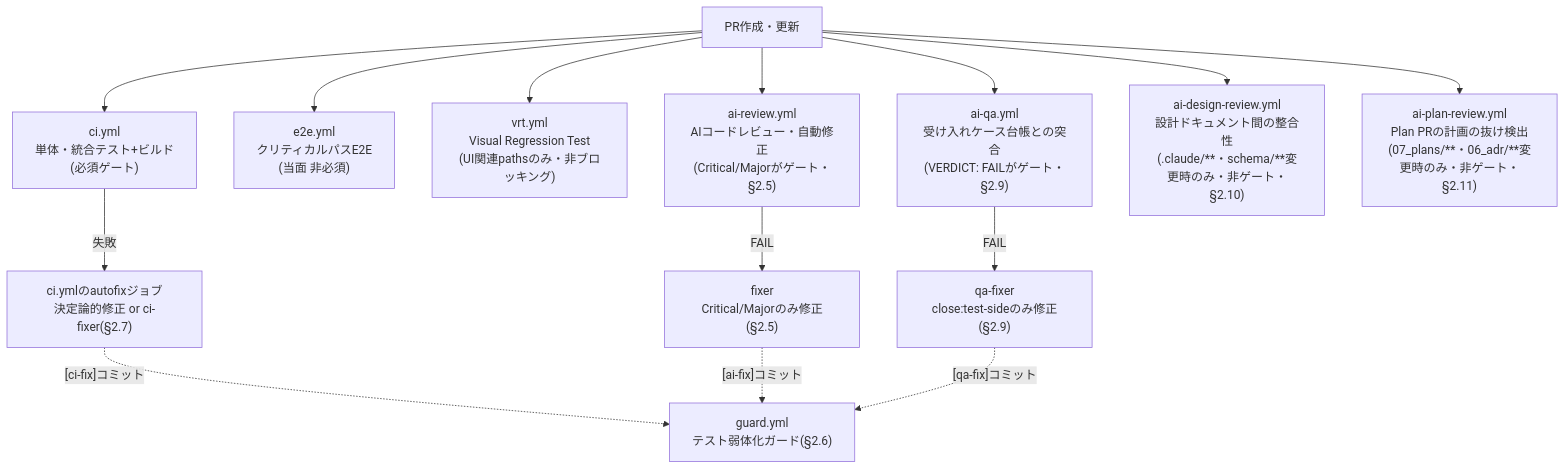
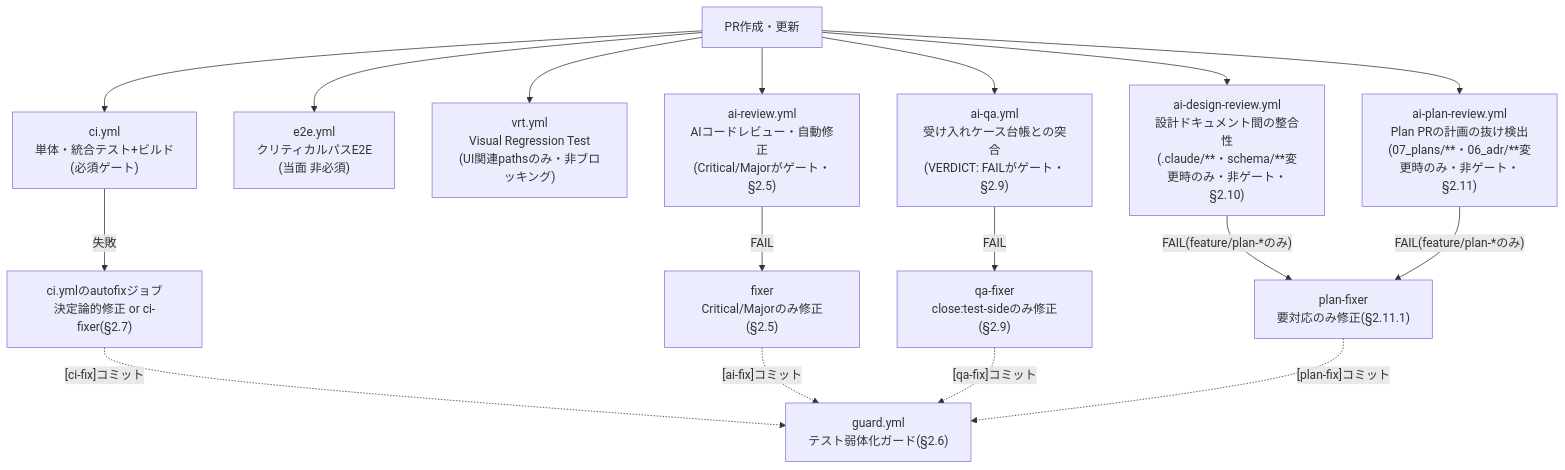
Before and after one commit to ebichan88/swiss-stage: the first of 6 diagrams in .claude/01_development_docs/11_cicd_design.md, drawn with Mermaid. The commit also changed other lines of this file and 14 other files, not shown here.

First line of the commit message:
plan-reviewer/design-reviewer指摘の自動修正エージェント(plan-fixer)を追加する (#189)

````diff
--- a/.claude/01_development_docs/11_cicd_design.md
+++ b/.claude/01_development_docs/11_cicd_design.md
@@ -54,18 +54,21 @@
 ```mermaid
 flowchart TD
     PR["PR作成・更新"] --> CI["ci.yml<br/>単体・統合テスト+ビルド<br/>(必須ゲート)"]
     PR --> E2E["e2e.yml<br/>クリティカルパスE2E<br/>(当面 非必須)"]
     PR --> VRT["vrt.yml<br/>Visual Regression Test<br/>(UI関連pathsのみ・非ブロッキング)"]
     PR --> REVIEW["ai-review.yml<br/>AIコードレビュー・自動修正<br/>(Critical/Majorがゲート・§2.5)"]
     PR --> QA["ai-qa.yml<br/>受け入れケース台帳との突合<br/>(VERDICT: FAILがゲート・§2.9)"]
     PR --> DESIGN["ai-design-review.yml<br/>設計ドキュメント間の整合性<br/>(.claude/**・schema/**変更時のみ・非ゲート・§2.10)"]
     PR --> PLAN["ai-plan-review.yml<br/>Plan PRの計画の抜け検出<br/>(07_plans/**・06_adr/**変更時のみ・非ゲート・§2.11)"]
 
     CI -->|"失敗"| AUTOFIX["ci.ymlのautofixジョブ<br/>決定論的修正 or ci-fixer(§2.7)"]
     REVIEW -->|"FAIL"| FIXER["fixer<br/>Critical/Majorのみ修正(§2.5)"]
     QA -->|"FAIL"| QAFIXER["qa-fixer<br/>close:test-sideのみ修正(§2.9)"]
+    DESIGN -->|"FAIL(feature/plan-*のみ)"| PLANFIXER["plan-fixer<br/>要対応のみ修正(§2.11.1)"]
+    PLAN -->|"FAIL(feature/plan-*のみ)"| PLANFIXER
 
     AUTOFIX -.->|"[ci-fix]コミット"| GUARD["guard.yml<br/>テスト弱体化ガード(§2.6)"]
     FIXER -.->|"[ai-fix]コミット"| GUARD
     QAFIXER -.->|"[qa-fix]コミット"| GUARD
+    PLANFIXER -.->|"[plan-fix]コミット"| GUARD
 ```
````
